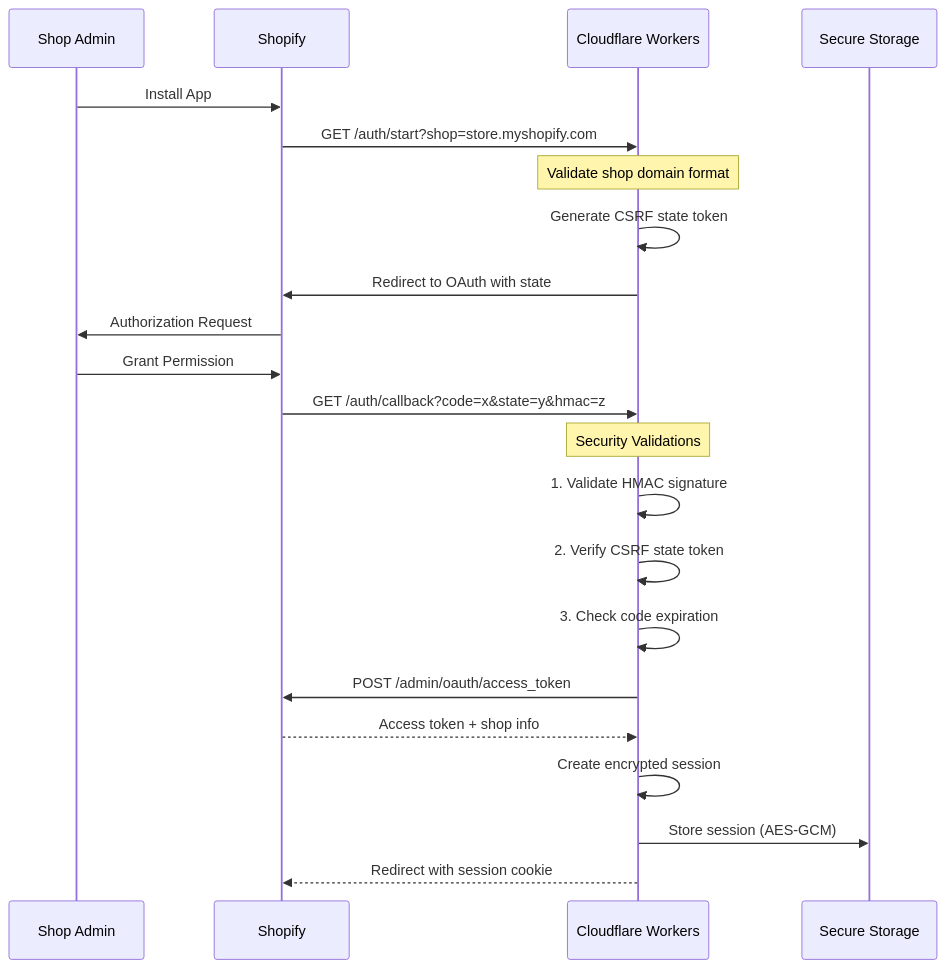
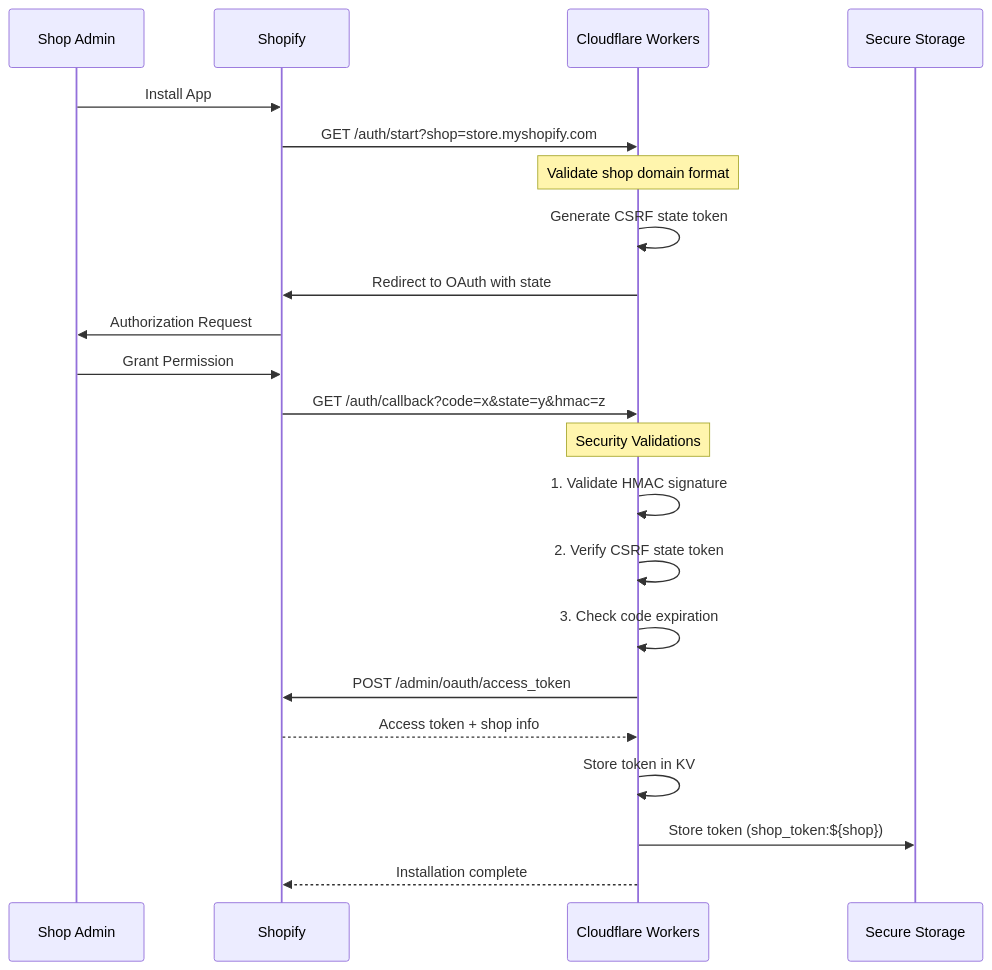
Before and after one commit to leanderrj/WOOOD_dutchned: the second of 2 diagrams in docs/architecture/security-model.md, drawn with Mermaid. The commit also changed other lines of this file and 24 other files, not shown here.

````diff
--- a/docs/architecture/security-model.md
+++ b/docs/architecture/security-model.md
@@ -44,29 +51,29 @@
 ```mermaid
 sequenceDiagram
     participant SA as Shop Admin
     participant S as Shopify
     participant CF as Cloudflare Workers
     participant KV as Secure Storage
 
     SA->>S: Install App
     S->>CF: GET /auth/start?shop=store.myshopify.com
     Note over CF: Validate shop domain format
     CF->>CF: Generate CSRF state token
     CF->>S: Redirect to OAuth with state
 
     S->>SA: Authorization Request
     SA->>S: Grant Permission
     S->>CF: GET /auth/callback?code=x&state=y&hmac=z
 
     Note over CF: Security Validations
     CF->>CF: 1. Validate HMAC signature
     CF->>CF: 2. Verify CSRF state token
     CF->>CF: 3. Check code expiration
 
     CF->>S: POST /admin/oauth/access_token
     S-->>CF: Access token + shop info
 
-    CF->>CF: Create encrypted session
-    CF->>KV: Store session (AES-GCM)
-    CF-->>S: Redirect with session cookie
+    CF->>CF: Store token in KV
+    CF->>KV: Store token (shop_token:${shop})
+    CF-->>S: Installation complete
 ```
````
